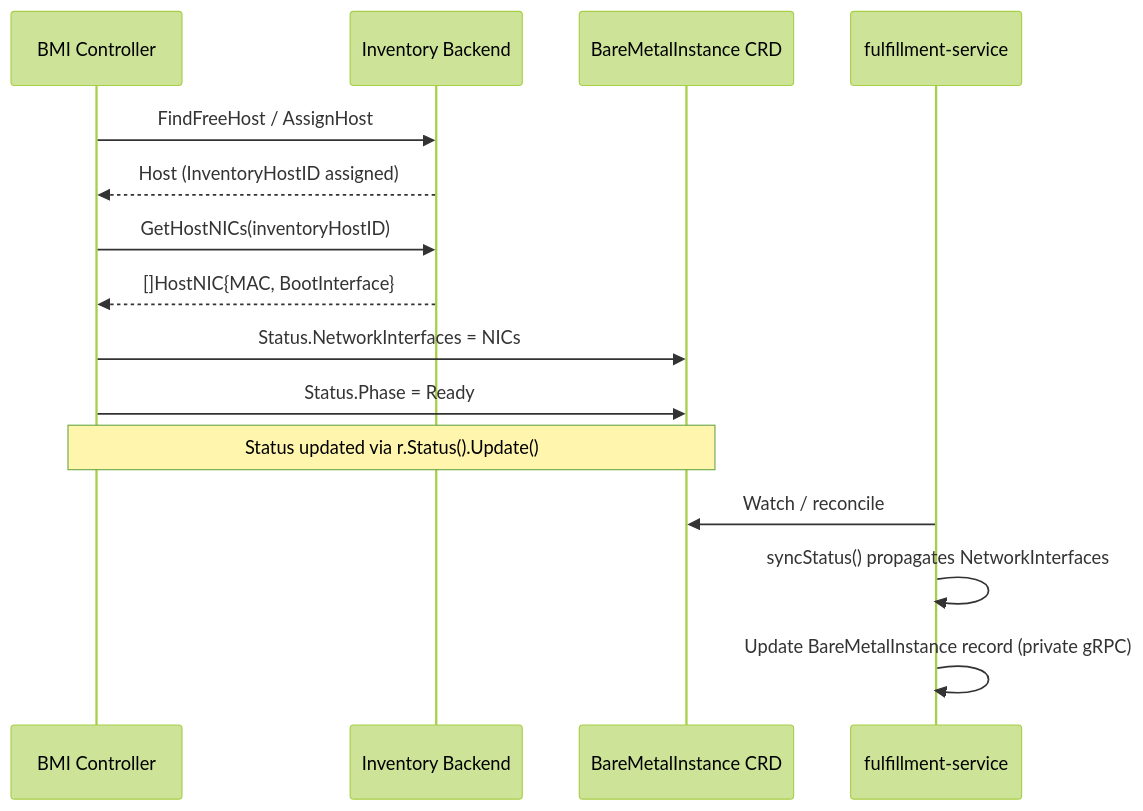
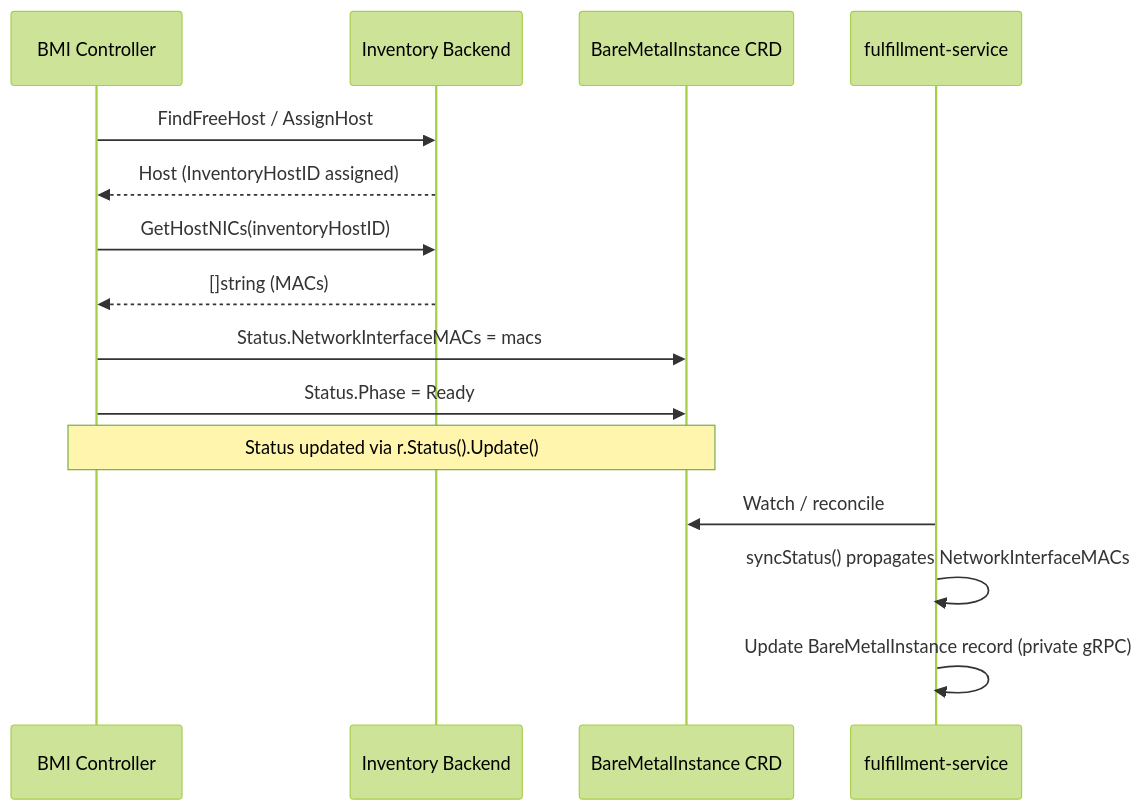
The diagram in enhancements/OSAC-3254-expose-baremetalinstance-nic-mac-addresses/design.md (osac-project/enhancement-proposals), drawn with Mermaid (forest theme) before and after one commit. The commit also changed other lines of this file, not shown here.

````diff
--- a/enhancements/OSAC-3254-expose-baremetalinstance-nic-mac-addresses/design.md
+++ b/enhancements/OSAC-3254-expose-baremetalinstance-nic-mac-addresses/design.md
@@ -63,18 +63,18 @@
 ```mermaid
 sequenceDiagram
     participant C as BMI Controller
     participant Inv as Inventory Backend
     participant CRD as BareMetalInstance CRD
     participant FS as fulfillment-service
 
     C->>Inv: FindFreeHost / AssignHost
     Inv-->>C: Host (InventoryHostID assigned)
     C->>Inv: GetHostNICs(inventoryHostID)
-    Inv-->>C: []HostNIC{MAC, BootInterface}
-    C->>CRD: Status.NetworkInterfaces = NICs
+    Inv-->>C: []string (MACs)
+    C->>CRD: Status.NetworkInterfaceMACs = macs
     C->>CRD: Status.Phase = Ready
     Note over C,CRD: Status updated via r.Status().Update()
     FS->>CRD: Watch / reconcile
-    FS->>FS: syncStatus() propagates NetworkInterfaces
+    FS->>FS: syncStatus() propagates NetworkInterfaceMACs
     FS->>FS: Update BareMetalInstance record (private gRPC)
 ```
````
